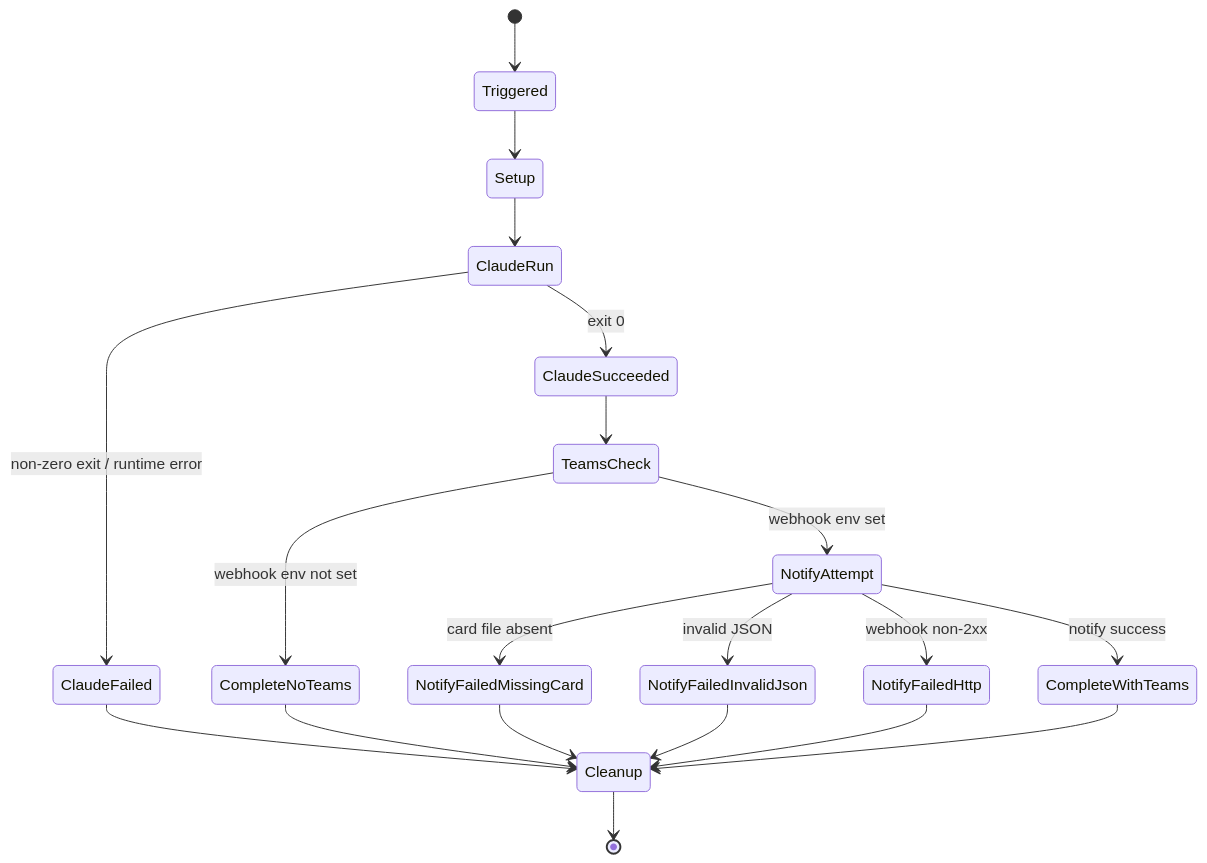
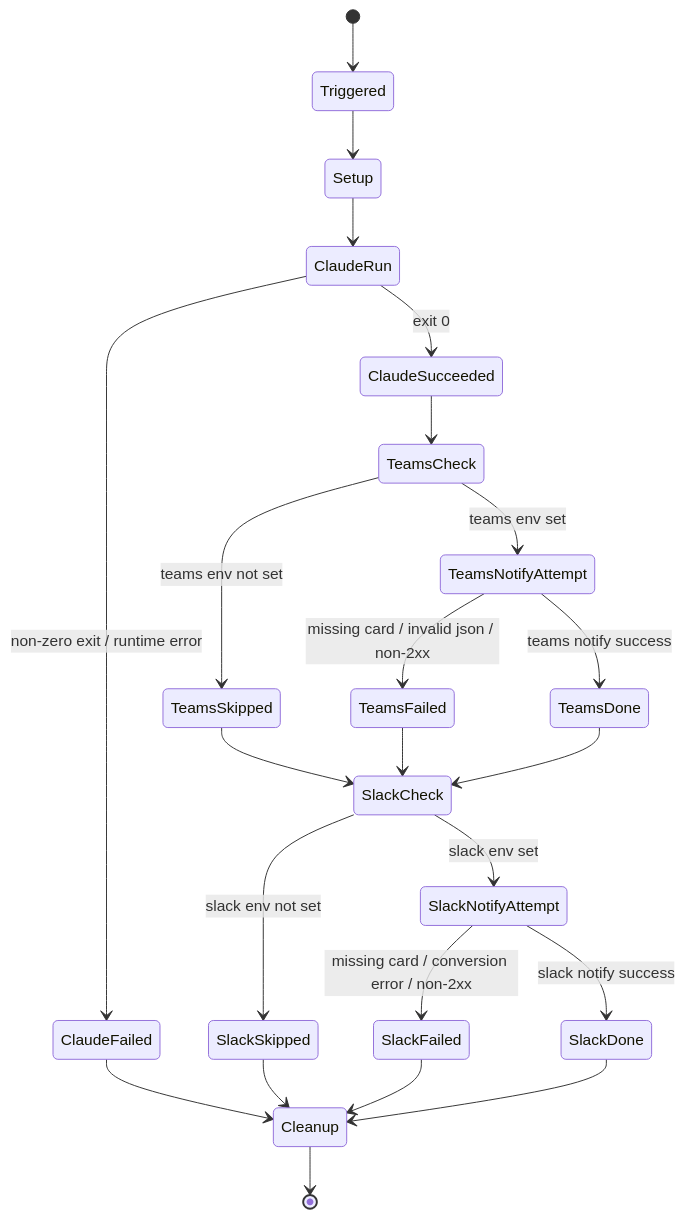
One commit to hoangsonww/ai-news-briefing changed the fourth of 4 diagrams in E2E_FLOW.md. Above: the diagram before and after it, drawn with Mermaid. The commit also changed other lines of this file and 3 other files, not shown here.

Commit message:
feat: enhance documentation for Slack and Teams notification pipelines

````diff
--- a/E2E_FLOW.md
+++ b/E2E_FLOW.md
@@ -216,27 +240,31 @@
 ```mermaid
 stateDiagram-v2
     [*] --> Triggered
     Triggered --> Setup
     Setup --> ClaudeRun
 
     ClaudeRun --> ClaudeFailed: non-zero exit / runtime error
     ClaudeRun --> ClaudeSucceeded: exit 0
 
     ClaudeSucceeded --> TeamsCheck
-    TeamsCheck --> CompleteNoTeams: webhook env not set
-    TeamsCheck --> NotifyAttempt: webhook env set
+    TeamsCheck --> TeamsSkipped: teams env not set
+    TeamsCheck --> TeamsNotifyAttempt: teams env set
+    TeamsNotifyAttempt --> TeamsFailed: missing card / invalid json / non-2xx
+    TeamsNotifyAttempt --> TeamsDone: teams notify success
 
-    NotifyAttempt --> NotifyFailedMissingCard: card file absent
-    NotifyAttempt --> NotifyFailedInvalidJson: invalid JSON
-    NotifyAttempt --> NotifyFailedHttp: webhook non-2xx
-    NotifyAttempt --> CompleteWithTeams: notify success
+    TeamsSkipped --> SlackCheck
+    TeamsFailed --> SlackCheck
+    TeamsDone --> SlackCheck
+
+    SlackCheck --> SlackSkipped: slack env not set
+    SlackCheck --> SlackNotifyAttempt: slack env set
+    SlackNotifyAttempt --> SlackFailed: missing card / conversion error / non-2xx
+    SlackNotifyAttempt --> SlackDone: slack notify success
 
     ClaudeFailed --> Cleanup
-    CompleteNoTeams --> Cleanup
-    NotifyFailedMissingCard --> Cleanup
-    NotifyFailedInvalidJson --> Cleanup
-    NotifyFailedHttp --> Cleanup
-    CompleteWithTeams --> Cleanup
+    SlackSkipped --> Cleanup
+    SlackFailed --> Cleanup
+    SlackDone --> Cleanup
 
     Cleanup --> [*]
 ```
````
